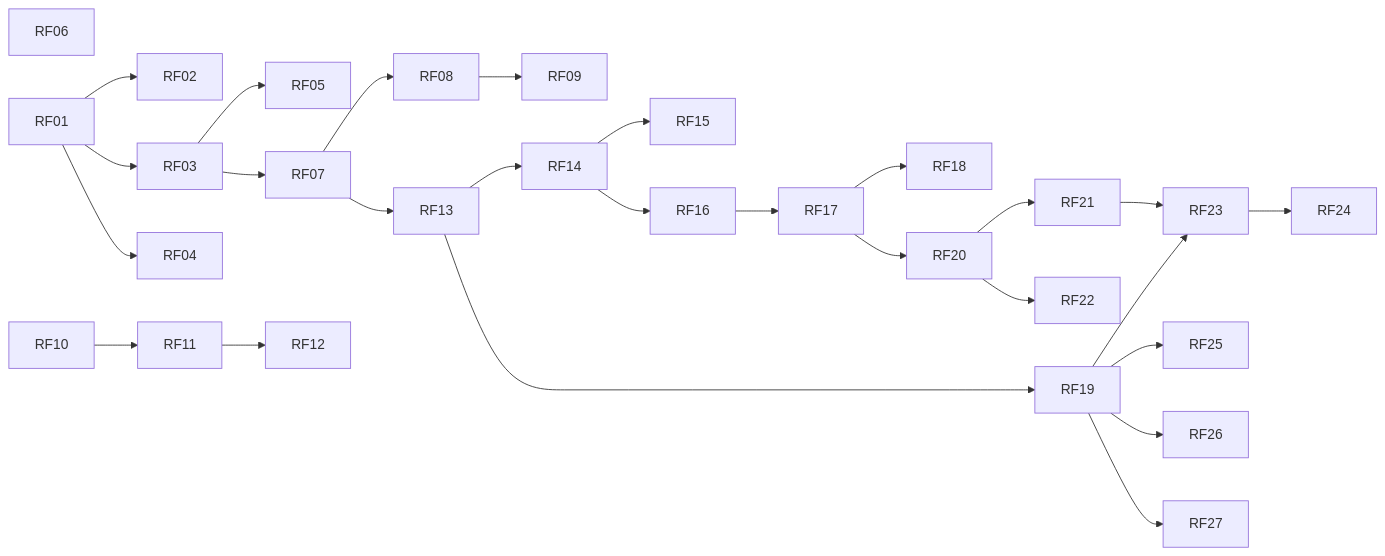
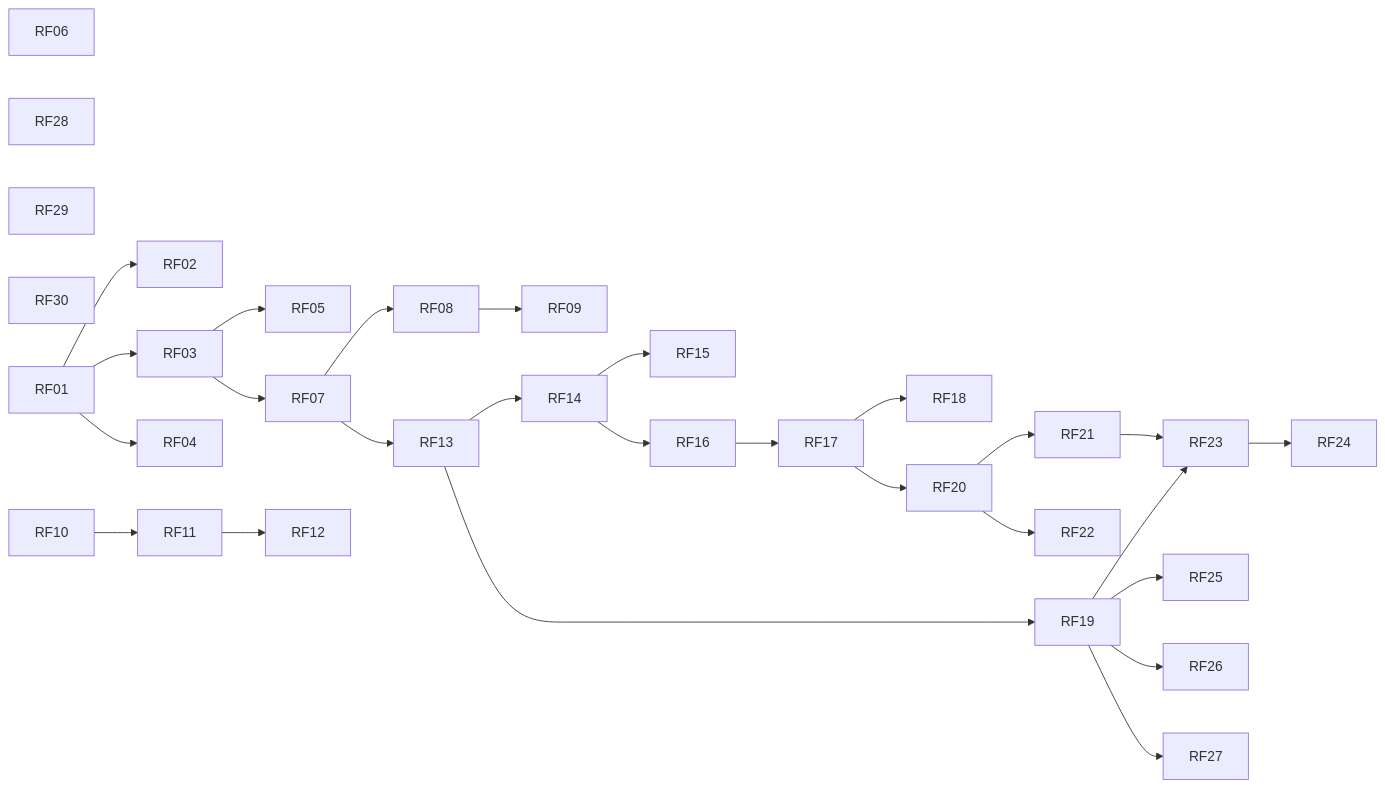
Before and after one commit to frnnd95/agorahub-app: the diagram in docs/requisitos.md, drawn with Mermaid. The commit also changed other lines of this file and 3 other files, not shown here.

````diff
--- a/docs/requisitos.md
+++ b/docs/requisitos.md
@@ -256,19 +257,22 @@
 ```mermaid
 flowchart LR
     RF06
+    RF28
+    RF29
+    RF30
     RF01 --> RF02
     RF01 --> RF03 --> RF05
     RF01 --> RF04
     RF03 --> RF07 --> RF08 --> RF09
     RF10 --> RF11 --> RF12
     RF07 --> RF13 --> RF14 --> RF15
     RF14 --> RF16 --> RF17 --> RF18
     RF13 --> RF19
     RF17 --> RF20
     RF20 --> RF21 --> RF23
     RF20 --> RF22
     RF19 --> RF23 --> RF24
     RF19 --> RF25
     RF19 --> RF26
     RF19 --> RF27
 ```
````
